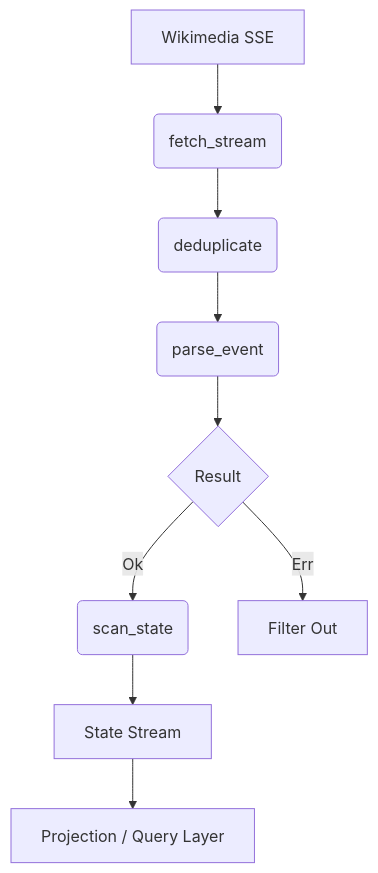
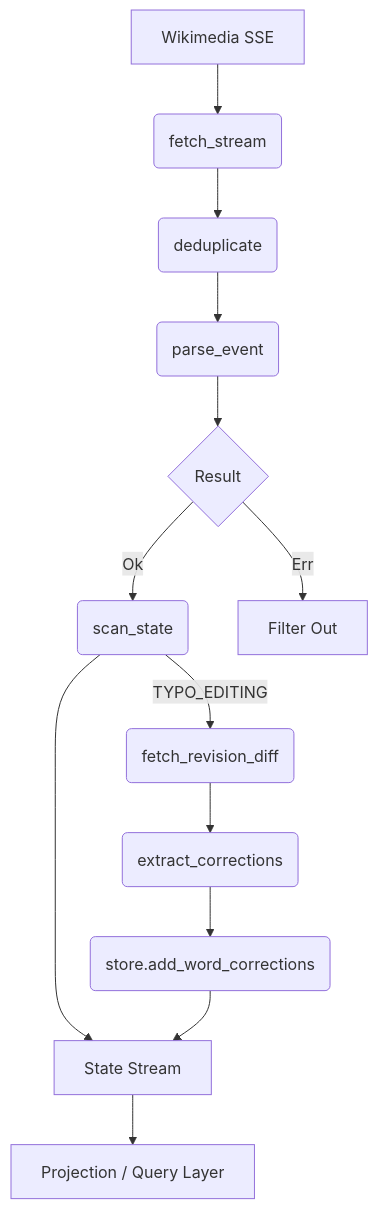
The diagram in README.md (strateg17/ucu-m2-fp-wikistream), drawn with Mermaid before and after one commit. The commit also changed other lines of this file and 2 other files, not shown here.

Commit message:
documentation updated

````diff
--- a/README.md
+++ b/README.md
@@ -8,13 +8,18 @@
 ```mermaid
 graph TD
     A[Wikimedia SSE] --> B(fetch_stream)
     B --> C(deduplicate)
     C --> D(parse_event)
     D --> E{Result}
-    
+
     E -->|Ok| F(scan_state)
     E -->|Err| G[Filter Out]
-    
+
     F --> H[State Stream]
     H --> I[Projection / Query Layer]
+
+    F -->|TYPO_EDITING| J(fetch_revision_diff)
+    J --> K(extract_corrections)
+    K --> L(store.add_word_corrections)
+    L --> H
 ```
````
